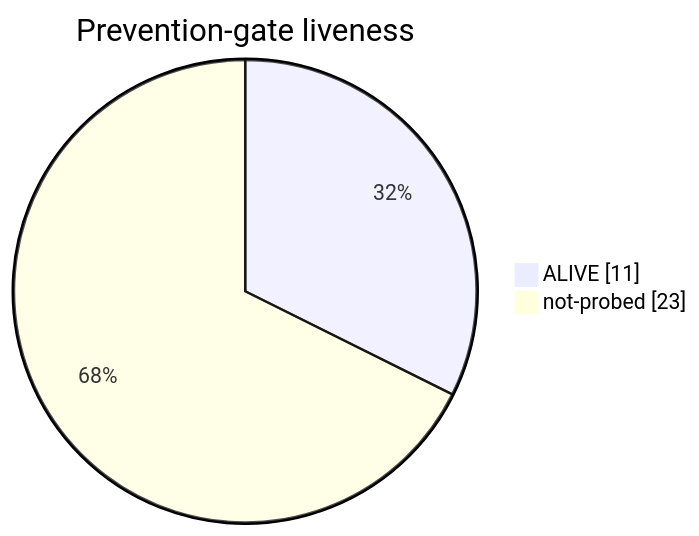
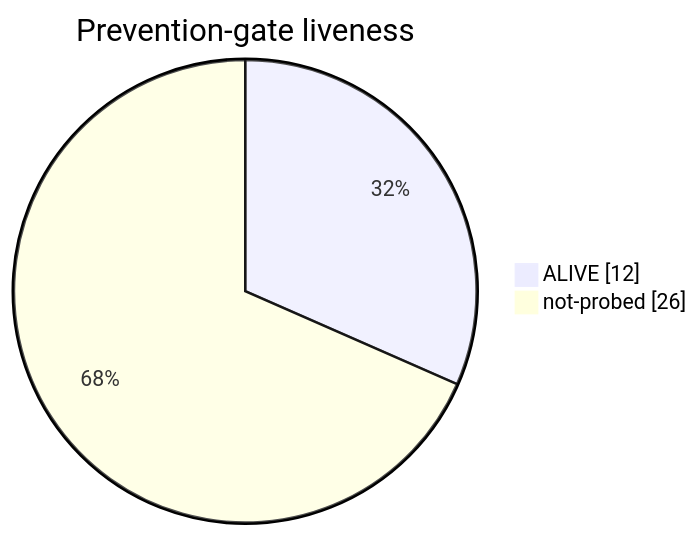
One commit to Yos-K/gatecrate changed the second of 4 diagrams in docs/harness-status.md. Above: the diagram before and after it, drawn with Mermaid. The commit also changed other lines of this file and 1 other file, not shown here.

````diff
--- a/docs/harness-status.md
+++ b/docs/harness-status.md
@@ -30,6 +30,6 @@
 ```mermaid
 pie showData
     title Prevention-gate liveness
-    "ALIVE" : 11
-    "not-probed" : 23
+    "ALIVE" : 12
+    "not-probed" : 26
 ```
````
